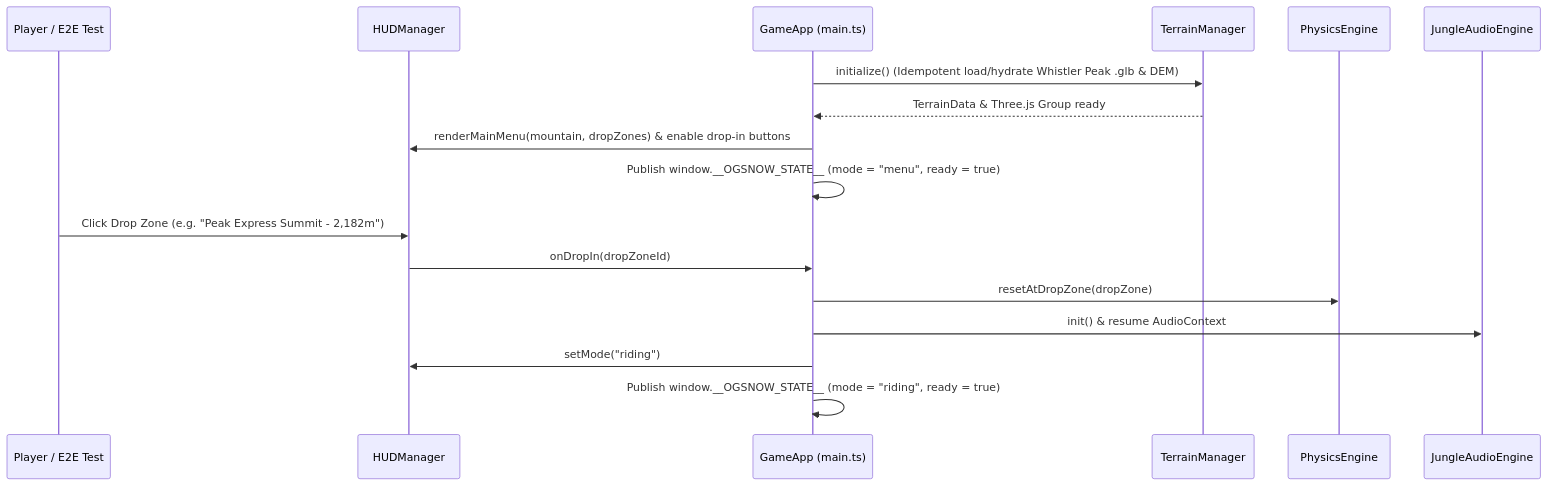
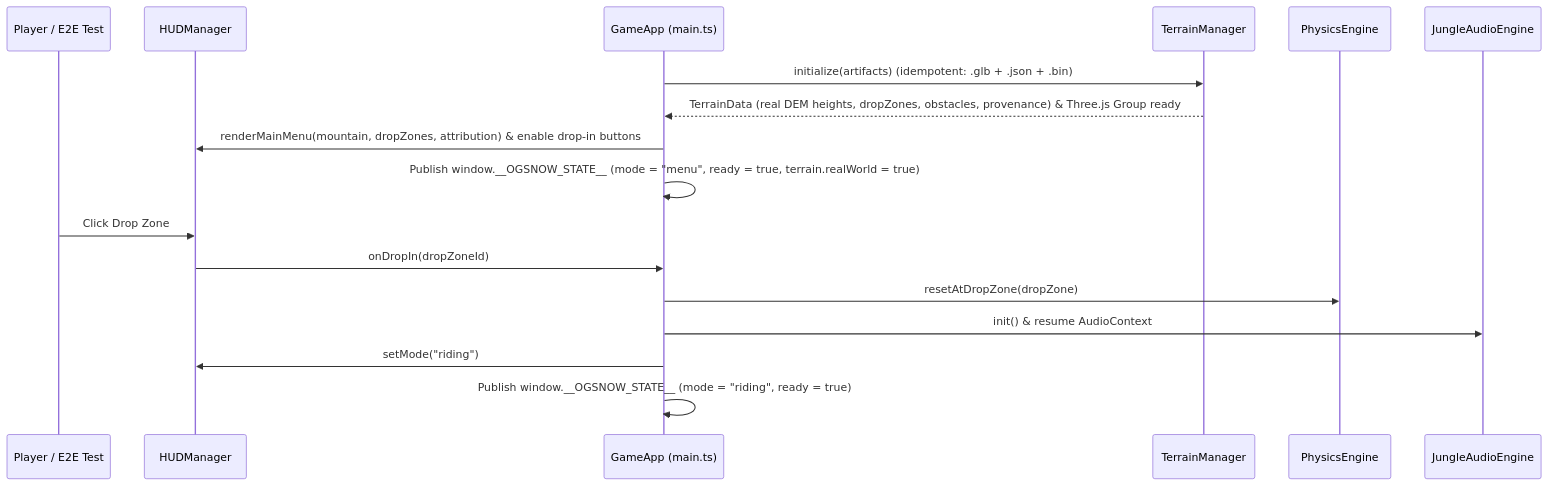
The fourth of 7 diagrams in wiki/architecture.md (reynish/ogsnow), drawn with Mermaid before and after one commit. The commit also changed other lines of this file and 5 other files, not shown here.

````diff
--- a/wiki/architecture.md
+++ b/wiki/architecture.md
@@ -125,20 +158,20 @@
 ```mermaid
 sequenceDiagram
     participant User as Player / E2E Test
     participant UI as HUDManager
     participant App as GameApp (main.ts)
     participant Terrain as TerrainManager
     participant Phys as PhysicsEngine
     participant Audio as JungleAudioEngine
 
-    App->>Terrain: initialize() (Idempotent load/hydrate Whistler Peak .glb & DEM)
-    Terrain-->>App: TerrainData & Three.js Group ready
-    App->>UI: renderMainMenu(mountain, dropZones) & enable drop-in buttons
-    App->>App: Publish window.__OGSNOW_STATE__ (mode = "menu", ready = true)
-    User->>UI: Click Drop Zone (e.g. "Peak Express Summit - 2,182m")
+    App->>Terrain: initialize(artifacts) (idempotent: .glb + .json + .bin)
+    Terrain-->>App: TerrainData (real DEM heights, dropZones, obstacles, provenance) & Three.js Group ready
+    App->>UI: renderMainMenu(mountain, dropZones, attribution) & enable drop-in buttons
+    App->>App: Publish window.__OGSNOW_STATE__ (mode = "menu", ready = true, terrain.realWorld = true)
+    User->>UI: Click Drop Zone
     UI->>App: onDropIn(dropZoneId)
     App->>Phys: resetAtDropZone(dropZone)
     App->>Audio: init() & resume AudioContext
     App->>UI: setMode("riding")
     App->>App: Publish window.__OGSNOW_STATE__ (mode = "riding", ready = true)
 ```
````
